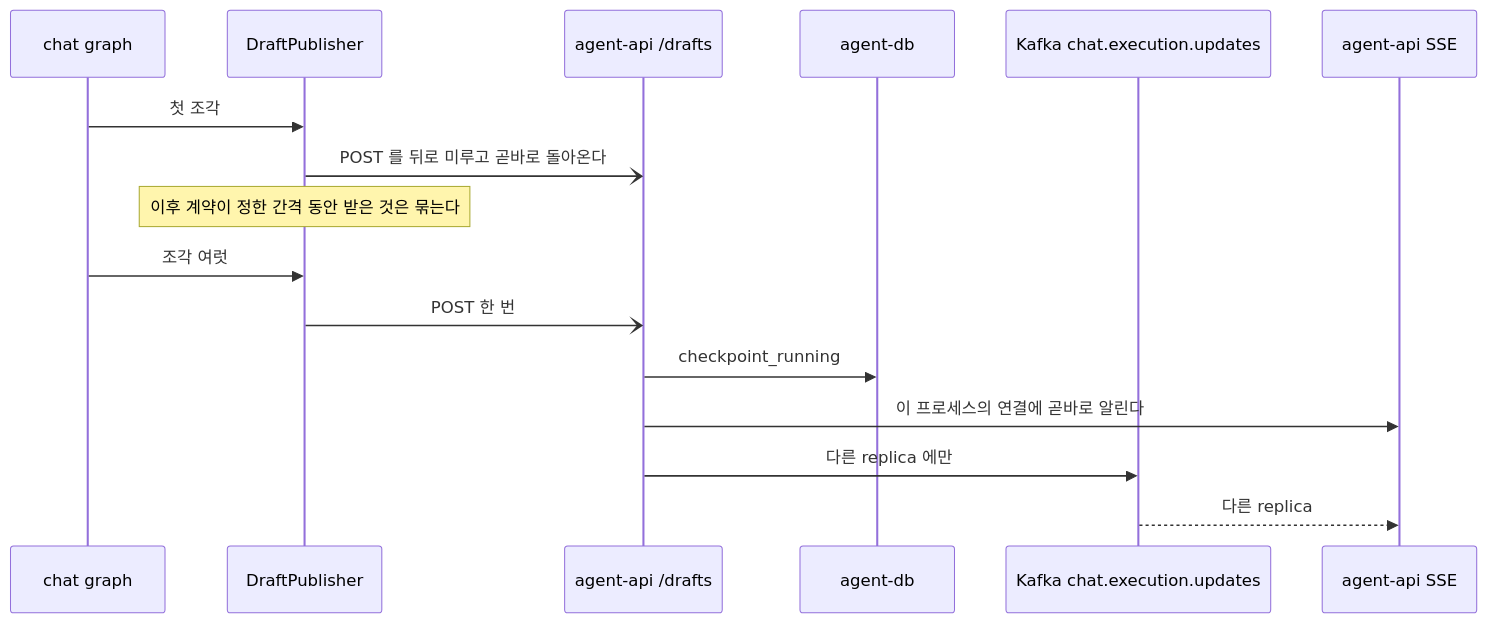
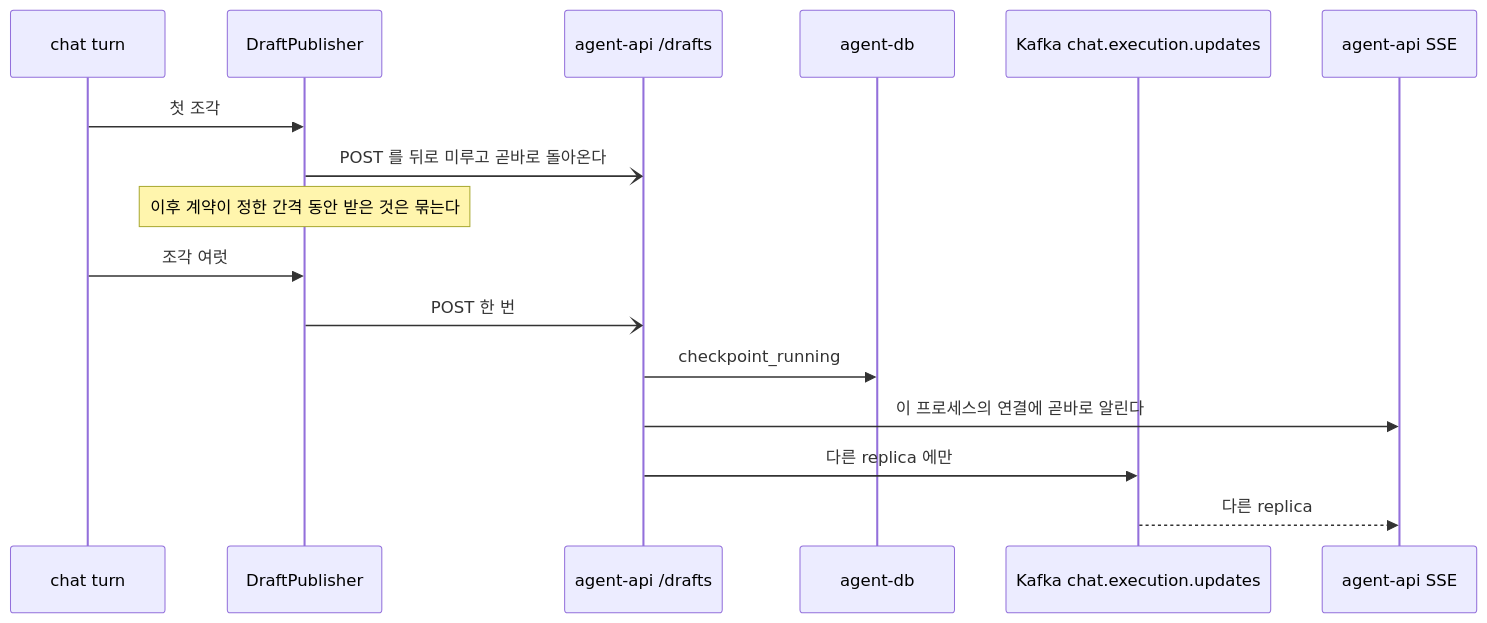
The fifth of 7 diagrams in src/tracer_agent/worker/agents/chat/README.md (agent-tracer/tracer-agent-python), drawn with Mermaid before and after one commit. The commit also changed other lines of this file and 65 other files, not shown here.

````diff
--- a/src/tracer_agent/worker/agents/chat/README.md
+++ b/src/tracer_agent/worker/agents/chat/README.md
@@ -164,19 +178,19 @@
 ```mermaid
 sequenceDiagram
-    participant G as chat graph
+    participant G as chat turn
     participant P as DraftPublisher
     participant S as agent-api /drafts
     participant D as agent-db
     participant K as Kafka chat.execution.updates
     participant A as agent-api SSE
 
     G->>P: 첫 조각
     P-)S: POST 를 뒤로 미루고 곧바로 돌아온다
     Note over P: 이후 계약이 정한 간격 동안 받은 것은 묶는다
     G->>P: 조각 여럿
     P-)S: POST 한 번
     S->>D: checkpoint_running
     S->>A: 이 프로세스의 연결에 곧바로 알린다
     S->>K: 다른 replica 에만
     K-->>A: 다른 replica
 ```
````
